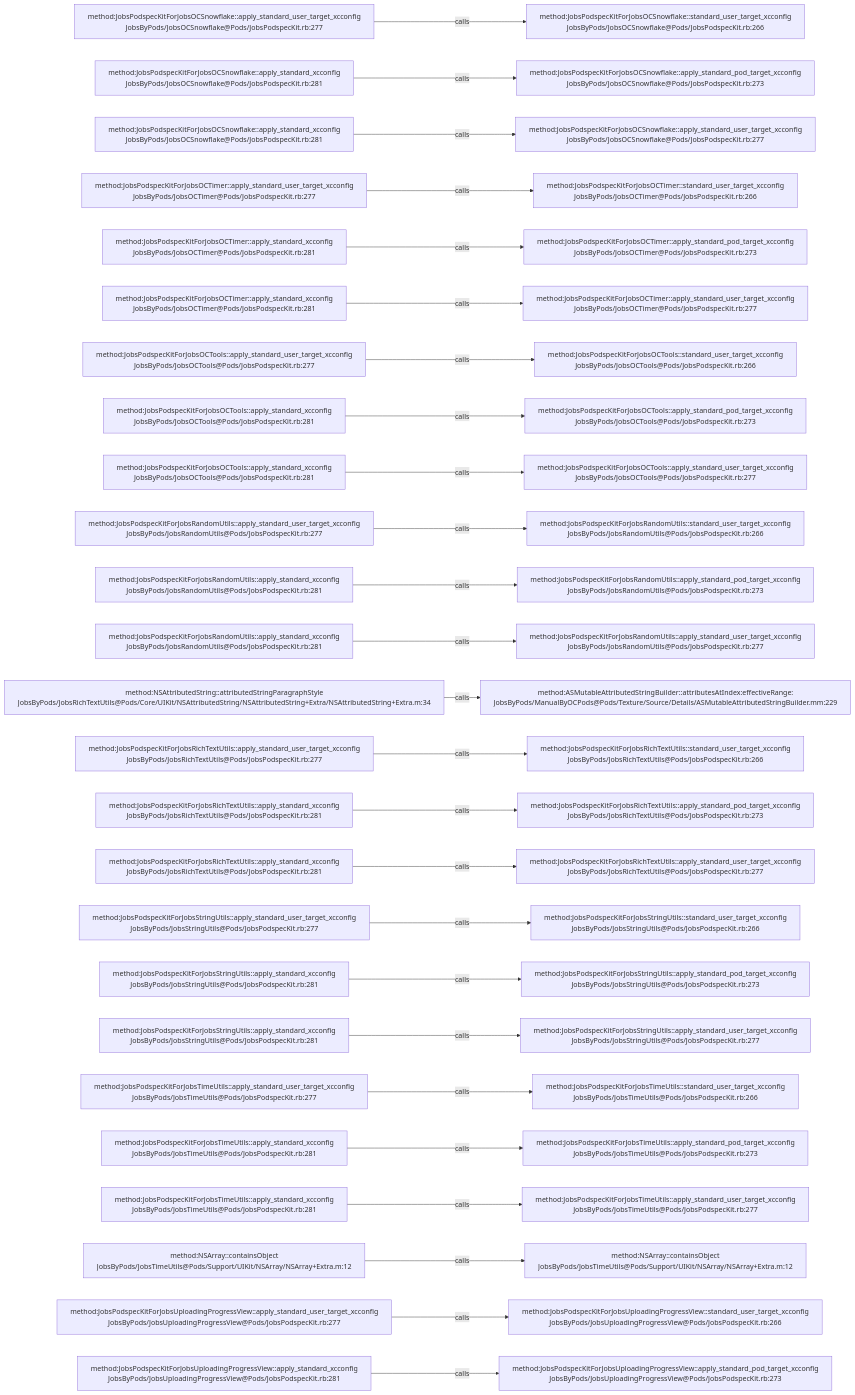
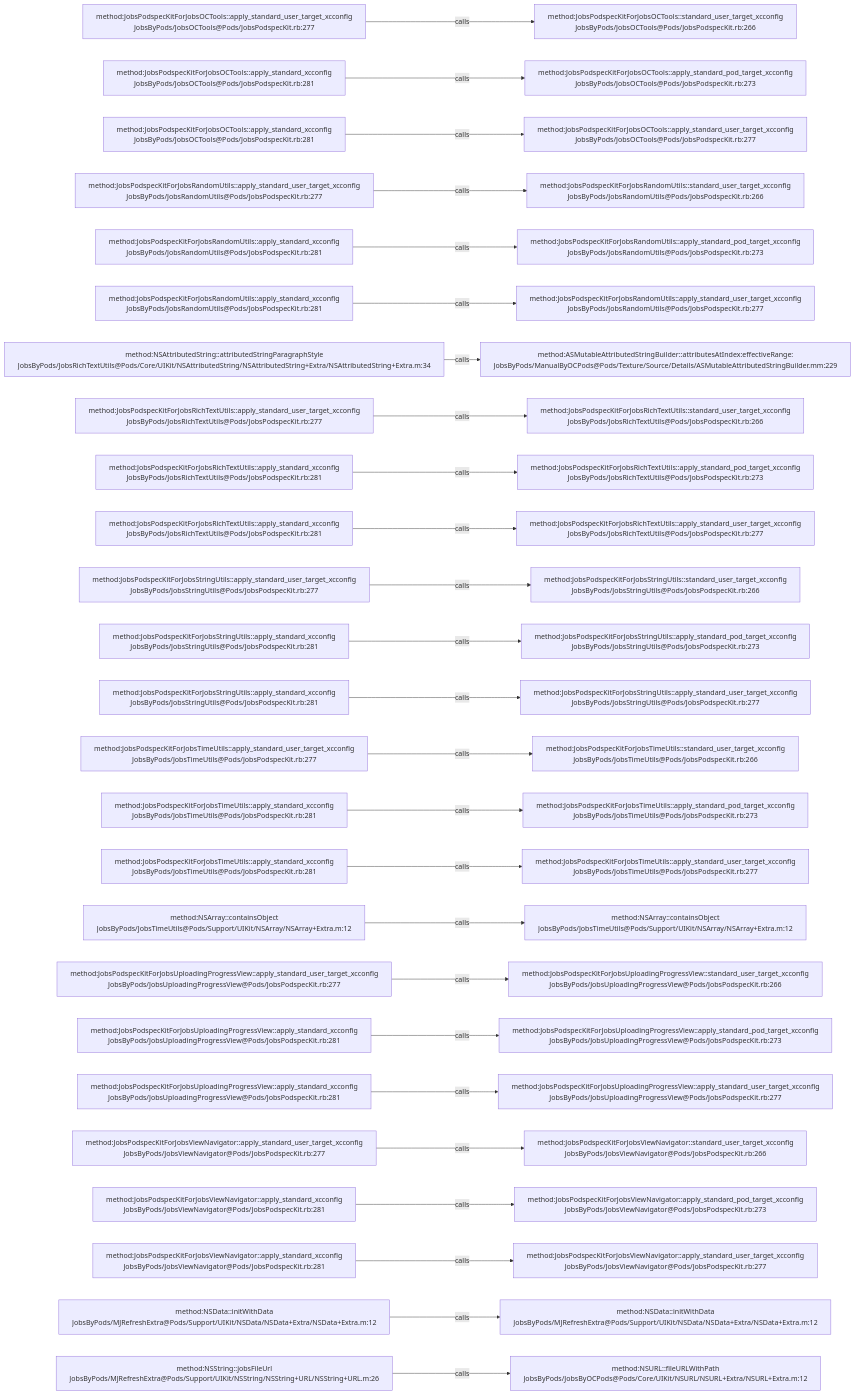
One commit to JobsKits/JobsOCBaseConfigDemo changed the diagram in .codegraph/codegraph.md/graphs/calls-007.md. Above: the diagram before and after it, drawn with Mermaid. The commit also changed 666 other files, not shown here.

````diff
--- a/.codegraph/codegraph.md/graphs/calls-007.md
+++ b/.codegraph/codegraph.md/graphs/calls-007.md
@@ -13,78 +13,78 @@
 ```mermaid
 flowchart LR
-  S1["method:JobsPodspecKitForJobsOCSnowflake::apply_standard_user_target_xcconfig<br/>JobsByPods/JobsOCSnowflake@Pods/JobsPodspecKit.rb:277"]
-  T1["method:JobsPodspecKitForJobsOCSnowflake::standard_user_target_xcconfig<br/>JobsByPods/JobsOCSnowflake@Pods/JobsPodspecKit.rb:266"]
+  S1["method:JobsPodspecKitForJobsOCTools::apply_standard_user_target_xcconfig<br/>JobsByPods/JobsOCTools@Pods/JobsPodspecKit.rb:277"]
+  T1["method:JobsPodspecKitForJobsOCTools::standard_user_target_xcconfig<br/>JobsByPods/JobsOCTools@Pods/JobsPodspecKit.rb:266"]
   S1 -->|calls| T1
-  S2["method:JobsPodspecKitForJobsOCSnowflake::apply_standard_xcconfig<br/>JobsByPods/JobsOCSnowflake@Pods/JobsPodspecKit.rb:281"]
-  T2["method:JobsPodspecKitForJobsOCSnowflake::apply_standard_pod_target_xcconfig<br/>JobsByPods/JobsOCSnowflake@Pods/JobsPodspecKit.rb:273"]
+  S2["method:JobsPodspecKitForJobsOCTools::apply_standard_xcconfig<br/>JobsByPods/JobsOCTools@Pods/JobsPodspecKit.rb:281"]
+  T2["method:JobsPodspecKitForJobsOCTools::apply_standard_pod_target_xcconfig<br/>JobsByPods/JobsOCTools@Pods/JobsPodspecKit.rb:273"]
   S2 -->|calls| T2
-  S3["method:JobsPodspecKitForJobsOCSnowflake::apply_standard_xcconfig<br/>JobsByPods/JobsOCSnowflake@Pods/JobsPodspecKit.rb:281"]
-  T3["method:JobsPodspecKitForJobsOCSnowflake::apply_standard_user_target_xcconfig<br/>JobsByPods/JobsOCSnowflake@Pods/JobsPodspecKit.rb:277"]
+  S3["method:JobsPodspecKitForJobsOCTools::apply_standard_xcconfig<br/>JobsByPods/JobsOCTools@Pods/JobsPodspecKit.rb:281"]
+  T3["method:JobsPodspecKitForJobsOCTools::apply_standard_user_target_xcconfig<br/>JobsByPods/JobsOCTools@Pods/JobsPodspecKit.rb:277"]
   S3 -->|calls| T3
-  S4["method:JobsPodspecKitForJobsOCTimer::apply_standard_user_target_xcconfig<br/>JobsByPods/JobsOCTimer@Pods/JobsPodspecKit.rb:277"]
-  T4["method:JobsPodspecKitForJobsOCTimer::standard_user_target_xcconfig<br/>JobsByPods/JobsOCTimer@Pods/JobsPodspecKit.rb:266"]
+  S4["method:JobsPodspecKitForJobsRandomUtils::apply_standard_user_target_xcconfig<br/>JobsByPods/JobsRandomUtils@Pods/JobsPodspecKit.rb:277"]
+  T4["method:JobsPodspecKitForJobsRandomUtils::standard_user_target_xcconfig<br/>JobsByPods/JobsRandomUtils@Pods/JobsPodspecKit.rb:266"]
   S4 -->|calls| T4
-  S5["method:JobsPodspecKitForJobsOCTimer::apply_standard_xcconfig<br/>JobsByPods/JobsOCTimer@Pods/JobsPodspecKit.rb:281"]
-  T5["method:JobsPodspecKitForJobsOCTimer::apply_standard_pod_target_xcconfig<br/>JobsByPods/JobsOCTimer@Pods/JobsPodspecKit.rb:273"]
+  S5["method:JobsPodspecKitForJobsRandomUtils::apply_standard_xcconfig<br/>JobsByPods/JobsRandomUtils@Pods/JobsPodspecKit.rb:281"]
+  T5["method:JobsPodspecKitForJobsRandomUtils::apply_standard_pod_target_xcconfig<br/>JobsByPods/JobsRandomUtils@Pods/JobsPodspecKit.rb:273"]
   S5 -->|calls| T5
-  S6["method:JobsPodspecKitForJobsOCTimer::apply_standard_xcconfig<br/>JobsByPods/JobsOCTimer@Pods/JobsPodspecKit.rb:281"]
-  T6["method:JobsPodspecKitForJobsOCTimer::apply_standard_user_target_xcconfig<br/>JobsByPods/JobsOCTimer@Pods/JobsPodspecKit.rb:277"]
+  S6["method:JobsPodspecKitForJobsRandomUtils::apply_standard_xcconfig<br/>JobsByPods/JobsRandomUtils@Pods/JobsPodspecKit.rb:281"]
+  T6["method:JobsPodspecKitForJobsRandomUtils::apply_standard_user_target_xcconfig<br/>JobsByPods/JobsRandomUtils@Pods/JobsPodspecKit.rb:277"]
   S6 -->|calls| T6
-  S7["method:JobsPodspecKitForJobsOCTools::apply_standard_user_target_xcconfig<br/>JobsByPods/JobsOCTools@Pods/JobsPodspecKit.rb:277"]
-  T7["method:JobsPodspecKitForJobsOCTools::standard_user_target_xcconfig<br/>JobsByPods/JobsOCTools@Pods/JobsPodspecKit.rb:266"]
+  S7["method:NSAttributedString::attributedStringParagraphStyle<br/>JobsByPods/JobsRichTextUtils@Pods/Core/UIKit/NSAttributedString/NSAttributedString+Extra/NSAttributedString+Extra.m:34"]
+  T7["method:ASMutableAttributedStringBuilder::attributesAtIndex:effectiveRange:<br/>JobsByPods/ManualByOCPods@Pods/Texture/Source/Details/ASMutableAttributedStringBuilder.mm:229"]
   S7 -->|calls| T7
-  S8["method:JobsPodspecKitForJobsOCTools::apply_standard_xcconfig<br/>JobsByPods/JobsOCTools@Pods/JobsPodspecKit.rb:281"]
-  T8["method:JobsPodspecKitForJobsOCTools::apply_standard_pod_target_xcconfig<br/>JobsByPods/JobsOCTools@Pods/JobsPodspecKit.rb:273"]
+  S8["method:JobsPodspecKitForJobsRichTextUtils::apply_standard_user_target_xcconfig<br/>JobsByPods/JobsRichTextUtils@Pods/JobsPodspecKit.rb:277"]
+  T8["method:JobsPodspecKitForJobsRichTextUtils::standard_user_target_xcconfig<br/>JobsByPods/JobsRichTextUtils@Pods/JobsPodspecKit.rb:266"]
   S8 -->|calls| T8
-  S9["method:JobsPodspecKitForJobsOCTools::apply_standard_xcconfig<br/>JobsByPods/JobsOCTools@Pods/JobsPodspecKit.rb:281"]
-  T9["method:JobsPodspecKitForJobsOCTools::apply_standard_user_target_xcconfig<br/>JobsByPods/JobsOCTools@Pods/JobsPodspecKit.rb:277"]
+  S9["method:JobsPodspecKitForJobsRichTextUtils::apply_standard_xcconfig<br/>JobsByPods/JobsRichTextUtils@Pods/JobsPodspecKit.rb:281"]
+  T9["method:JobsPodspecKitForJobsRichTextUtils::apply_standard_pod_target_xcconfig<br/>JobsByPods/JobsRichTextUtils@Pods/JobsPodspecKit.rb:273"]
   S9 -->|calls| T9
-  S10["method:JobsPodspecKitForJobsRandomUtils::apply_standard_user_target_xcconfig<br/>JobsByPods/JobsRandomUtils@Pods/JobsPodspecKit.rb:277"]
-  T10["method:JobsPodspecKitForJobsRandomUtils::standard_user_target_xcconfig<br/>JobsByPods/JobsRandomUtils@Pods/JobsPodspecKit.rb:266"]
+  S10["method:JobsPodspecKitForJobsRichTextUtils::apply_standard_xcconfig<br/>JobsByPods/JobsRichTextUtils@Pods/JobsPodspecKit.rb:281"]
+  T10["method:JobsPodspecKitForJobsRichTextUtils::apply_standard_user_target_xcconfig<br/>JobsByPods/JobsRichTextUtils@Pods/JobsPodspecKit.rb:277"]
   S10 -->|calls| T10
-  S11["method:JobsPodspecKitForJobsRandomUtils::apply_standard_xcconfig<br/>JobsByPods/JobsRandomUtils@Pods/JobsPodspecKit.rb:281"]
-  T11["method:JobsPodspecKitForJobsRandomUtils::apply_standard_pod_target_xcconfig<br/>JobsByPods/JobsRandomUtils@Pods/JobsPodspecKit.rb:273"]
+  S11["method:JobsPodspecKitForJobsStringUtils::apply_standard_user_target_xcconfig<br/>JobsByPods/JobsStringUtils@Pods/JobsPodspecKit.rb:277"]
+  T11["method:JobsPodspecKitForJobsStringUtils::standard_user_target_xcconfig<br/>JobsByPods/JobsStringUtils@Pods/JobsPodspecKit.rb:266"]
   S11 -->|calls| T11
-  S12["method:JobsPodspecKitForJobsRandomUtils::apply_standard_xcconfig<br/>JobsByPods/JobsRandomUtils@Pods/JobsPodspecKit.rb:281"]
-  T12["method:JobsPodspecKitForJobsRandomUtils::apply_standard_user_target_xcconfig<br/>JobsByPods/JobsRandomUtils@Pods/JobsPodspecKit.rb:277"]
+  S12["method:JobsPodspecKitForJobsStringUtils::apply_standard_xcconfig<br/>JobsByPods/JobsStringUtils@Pods/JobsPodspecKit.rb:281"]
+  T12["method:JobsPodspecKitForJobsStringUtils::apply_standard_pod_target_xcconfig<br/>JobsByPods/JobsStringUtils@Pods/JobsPodspecKit.rb:273"]
   S12 -->|calls| T12
-  S13["method:NSAttributedString::attributedStringParagraphStyle<br/>JobsByPods/JobsRichTextUtils@Pods/Core/UIKit/NSAttributedString/NSAttributedString+Extra/NSAttributedString+Extra.m:34"]
-  T13["method:ASMutableAttributedStringBuilder::attributesAtIndex:effectiveRange:<br/>JobsByPods/ManualByOCPods@Pods/Texture/Source/Details/ASMutableAttributedStringBuilder.mm:229"]
+  S13["method:JobsPodspecKitForJobsStringUtils::apply_standard_xcconfig<br/>JobsByPods/JobsStringUtils@Pods/JobsPodspecKit.rb:281"]
+  T13["method:JobsPodspecKitForJobsStringUtils::apply_standard_user_target_xcconfig<br/>JobsByPods/JobsStringUtils@Pods/JobsPodspecKit.rb:277"]
   S13 -->|calls| T13
-  S14["method:JobsPodspecKitForJobsRichTextUtils::apply_standard_user_target_xcconfig<br/>JobsByPods/JobsRichTextUtils@Pods/JobsPodspecKit.rb:277"]
-  T14["method:JobsPodspecKitForJobsRichTextUtils::standard_user_target_xcconfig<br/>JobsByPods/JobsRichTextUtils@Pods/JobsPodspecKit.rb:266"]
+  S14["method:JobsPodspecKitForJobsTimeUtils::apply_standard_user_target_xcconfig<br/>JobsByPods/JobsTimeUtils@Pods/JobsPodspecKit.rb:277"]
+  T14["method:JobsPodspecKitForJobsTimeUtils::standard_user_target_xcconfig<br/>JobsByPods/JobsTimeUtils@Pods/JobsPodspecKit.rb:266"]
   S14 -->|calls| T14
-  S15["method:JobsPodspecKitForJobsRichTextUtils::apply_standard_xcconfig<br/>JobsByPods/JobsRichTextUtils@Pods/JobsPodspecKit.rb:281"]
-  T15["method:JobsPodspecKitForJobsRichTextUtils::apply_standard_pod_target_xcconfig<br/>JobsByPods/JobsRichTextUtils@Pods/JobsPodspecKit.rb:273"]
+  S15["method:JobsPodspecKitForJobsTimeUtils::apply_standard_xcconfig<br/>JobsByPods/JobsTimeUtils@Pods/JobsPodspecKit.rb:281"]
+  T15["method:JobsPodspecKitForJobsTimeUtils::apply_standard_pod_target_xcconfig<br/>JobsByPods/JobsTimeUtils@Pods/JobsPodspecKit.rb:273"]
   S15 -->|calls| T15
-  S16["method:JobsPodspecKitForJobsRichTextUtils::apply_standard_xcconfig<br/>JobsByPods/JobsRichTextUtils@Pods/JobsPodspecKit.rb:281"]
-  T16["method:JobsPodspecKitForJobsRichTextUtils::apply_standard_user_target_xcconfig<br/>JobsByPods/JobsRichTextUtils@Pods/JobsPodspecKit.rb:277"]
+  S16["method:JobsPodspecKitForJobsTimeUtils::apply_standard_xcconfig<br/>JobsByPods/JobsTimeUtils@Pods/JobsPodspecKit.rb:281"]
+  T16["method:JobsPodspecKitForJobsTimeUtils::apply_standard_user_target_xcconfig<br/>JobsByPods/JobsTimeUtils@Pods/JobsPodspecKit.rb:277"]
   S16 -->|calls| T16
-  S17["method:JobsPodspecKitForJobsStringUtils::apply_standard_user_target_xcconfig<br/>JobsByPods/JobsStringUtils@Pods/JobsPodspecKit.rb:277"]
-  T17["method:JobsPodspecKitForJobsStringUtils::standard_user_target_xcconfig<br/>JobsByPods/JobsStringUtils@Pods/JobsPodspecKit.rb:266"]
+  S17["method:NSArray::containsObject<br/>JobsByPods/JobsTimeUtils@Pods/Support/UIKit/NSArray/NSArray+Extra.m:12"]
+  T17["method:NSArray::containsObject<br/>JobsByPods/JobsTimeUtils@Pods/Support/UIKit/NSArray/NSArray+Extra.m:12"]
   S17 -->|calls| T17
-  S18["method:JobsPodspecKitForJobsStringUtils::apply_standard_xcconfig<br/>JobsByPods/JobsStringUtils@Pods/JobsPodspecKit.rb:281"]
-  T18["method:JobsPodspecKitForJobsStringUtils::apply_standard_pod_target_xcconfig<br/>JobsByPods/JobsStringUtils@Pods/JobsPodspecKit.rb:273"]
+  S18["method:JobsPodspecKitForJobsUploadingProgressView::apply_standard_user_target_xcconfig<br/>JobsByPods/JobsUploadingProgressView@Pods/JobsPodspecKit.rb:277"]
+  T18["method:JobsPodspecKitForJobsUploadingProgressView::standard_user_target_xcconfig<br/>JobsByPods/JobsUploadingProgressView@Pods/JobsPodspecKit.rb:266"]
   S18 -->|calls| T18
-  S19["method:JobsPodspecKitForJobsStringUtils::apply_standard_xcconfig<br/>JobsByPods/JobsStringUtils@Pods/JobsPodspecKit.rb:281"]
-  T19["method:JobsPodspecKitForJobsStringUtils::apply_standard_user_target_xcconfig<br/>JobsByPods/JobsStringUtils@Pods/JobsPodspecKit.rb:277"]
+  S19["method:JobsPodspecKitForJobsUploadingProgressView::apply_standard_xcconfig<br/>JobsByPods/JobsUploadingProgressView@Pods/JobsPodspecKit.rb:281"]
+  T19["method:JobsPodspecKitForJobsUploadingProgressView::apply_standard_pod_target_xcconfig<br/>JobsByPods/JobsUploadingProgressView@Pods/JobsPodspecKit.rb:273"]
   S19 -->|calls| T19
-  S20["method:JobsPodspecKitForJobsTimeUtils::apply_standard_user_target_xcconfig<br/>JobsByPods/JobsTimeUtils@Pods/JobsPodspecKit.rb:277"]
-  T20["method:JobsPodspecKitForJobsTimeUtils::standard_user_target_xcconfig<br/>JobsByPods/JobsTimeUtils@Pods/JobsPodspecKit.rb:266"]
+  S20["method:JobsPodspecKitForJobsUploadingProgressView::apply_standard_xcconfig<br/>JobsByPods/JobsUploadingProgressView@Pods/JobsPodspecKit.rb:281"]
+  T20["method:JobsPodspecKitForJobsUploadingProgressView::apply_standard_user_target_xcconfig<br/>JobsByPods/JobsUploadingProgressView@Pods/JobsPodspecKit.rb:277"]
   S20 -->|calls| T20
-  S21["method:JobsPodspecKitForJobsTimeUtils::apply_standard_xcconfig<br/>JobsByPods/JobsTimeUtils@Pods/JobsPodspecKit.rb:281"]
-  T21["method:JobsPodspecKitForJobsTimeUtils::apply_standard_pod_target_xcconfig<br/>JobsByPods/JobsTimeUtils@Pods/JobsPodspecKit.rb:273"]
+  S21["method:JobsPodspecKitForJobsViewNavigator::apply_standard_user_target_xcconfig<br/>JobsByPods/JobsViewNavigator@Pods/JobsPodspecKit.rb:277"]
+  T21["method:JobsPodspecKitForJobsViewNavigator::standard_user_target_xcconfig<br/>JobsByPods/JobsViewNavigator@Pods/JobsPodspecKit.rb:266"]
   S21 -->|calls| T21
-  S22["method:JobsPodspecKitForJobsTimeUtils::apply_standard_xcconfig<br/>JobsByPods/JobsTimeUtils@Pods/JobsPodspecKit.rb:281"]
-  T22["method:JobsPodspecKitForJobsTimeUtils::apply_standard_user_target_xcconfig<br/>JobsByPods/JobsTimeUtils@Pods/JobsPodspecKit.rb:277"]
+  S22["method:JobsPodspecKitForJobsViewNavigator::apply_standard_xcconfig<br/>JobsByPods/JobsViewNavigator@Pods/JobsPodspecKit.rb:281"]
+  T22["method:JobsPodspecKitForJobsViewNavigator::apply_standard_pod_target_xcconfig<br/>JobsByPods/JobsViewNavigator@Pods/JobsPodspecKit.rb:273"]
   S22 -->|calls| T22
-  S23["method:NSArray::containsObject<br/>JobsByPods/JobsTimeUtils@Pods/Support/UIKit/NSArray/NSArray+Extra.m:12"]
-  T23["method:NSArray::containsObject<br/>JobsByPods/JobsTimeUtils@Pods/Support/UIKit/NSArray/NSArray+Extra.m:12"]
+  S23["method:JobsPodspecKitForJobsViewNavigator::apply_standard_xcconfig<br/>JobsByPods/JobsViewNavigator@Pods/JobsPodspecKit.rb:281"]
+  T23["method:JobsPodspecKitForJobsViewNavigator::apply_standard_user_target_xcconfig<br/>JobsByPods/JobsViewNavigator@Pods/JobsPodspecKit.rb:277"]
   S23 -->|calls| T23
-  S24["method:JobsPodspecKitForJobsUploadingProgressView::apply_standard_user_target_xcconfig<br/>JobsByPods/JobsUploadingProgressView@Pods/JobsPodspecKit.rb:277"]
-  T24["method:JobsPodspecKitForJobsUploadingProgressView::standard_user_target_xcconfig<br/>JobsByPods/JobsUploadingProgressView@Pods/JobsPodspecKit.rb:266"]
+  S24["method:NSData::initWithData<br/>JobsByPods/MJRefreshExtra@Pods/Support/UIKit/NSData/NSData+Extra/NSData+Extra.m:12"]
+  T24["method:NSData::initWithData<br/>JobsByPods/MJRefreshExtra@Pods/Support/UIKit/NSData/NSData+Extra/NSData+Extra.m:12"]
   S24 -->|calls| T24
-  S25["method:JobsPodspecKitForJobsUploadingProgressView::apply_standard_xcconfig<br/>JobsByPods/JobsUploadingProgressView@Pods/JobsPodspecKit.rb:281"]
-  T25["method:JobsPodspecKitForJobsUploadingProgressView::apply_standard_pod_target_xcconfig<br/>JobsByPods/JobsUploadingProgressView@Pods/JobsPodspecKit.rb:273"]
+  S25["method:NSString::jobsFileUrl<br/>JobsByPods/MJRefreshExtra@Pods/Support/UIKit/NSString/NSString+URL/NSString+URL.m:26"]
+  T25["method:NSURL::fileURLWithPath<br/>JobsByPods/JobsByOCPods@Pods/Core/UIKit/NSURL/NSURL+Extra/NSURL+Extra.m:12"]
   S25 -->|calls| T25
 ```
````
